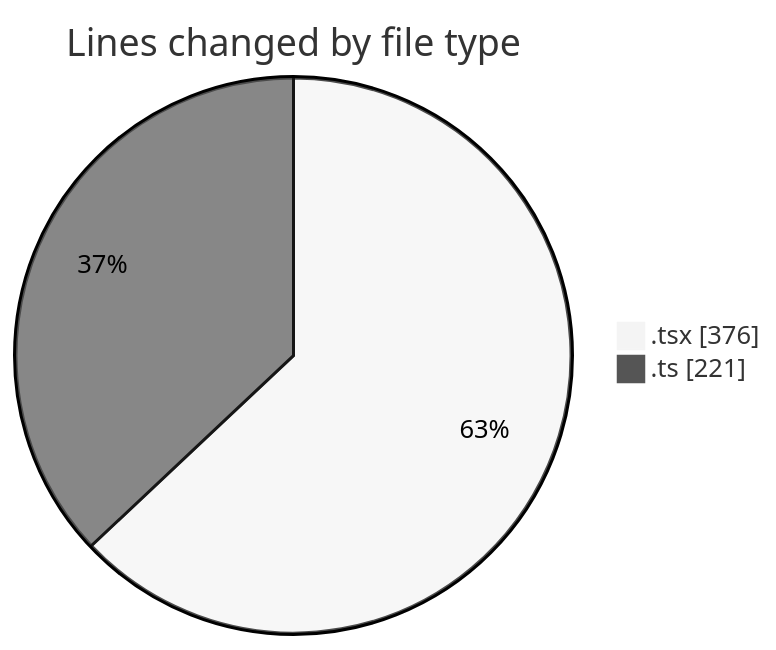
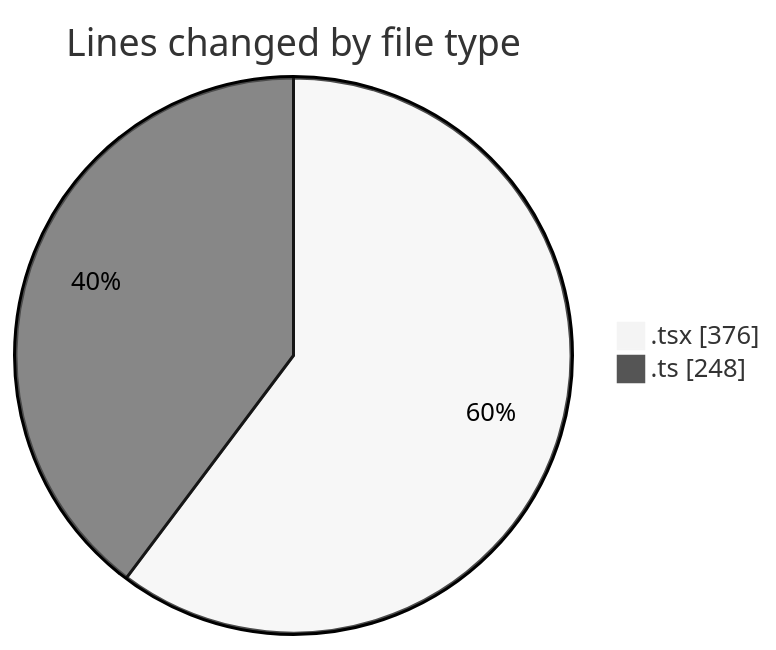
One commit to julien-gomy/code-tracking changed the first of 2 diagrams in 2025-10-16/eventscop-frontend-guide__workspace_/README.md. Above: the diagram before and after it, drawn with Mermaid (neutral theme). The commit also changed other lines of this file and 1 other file, not shown here.

````diff
--- a/2025-10-16/eventscop-frontend-guide__workspace_/README.md
+++ b/2025-10-16/eventscop-frontend-guide__workspace_/README.md
@@ -26,6 +26,6 @@
 ```mermaid
 pie showData
 title Lines changed by file type
 ".tsx" : 376
-".ts" : 221
+".ts" : 248
 ```
````
